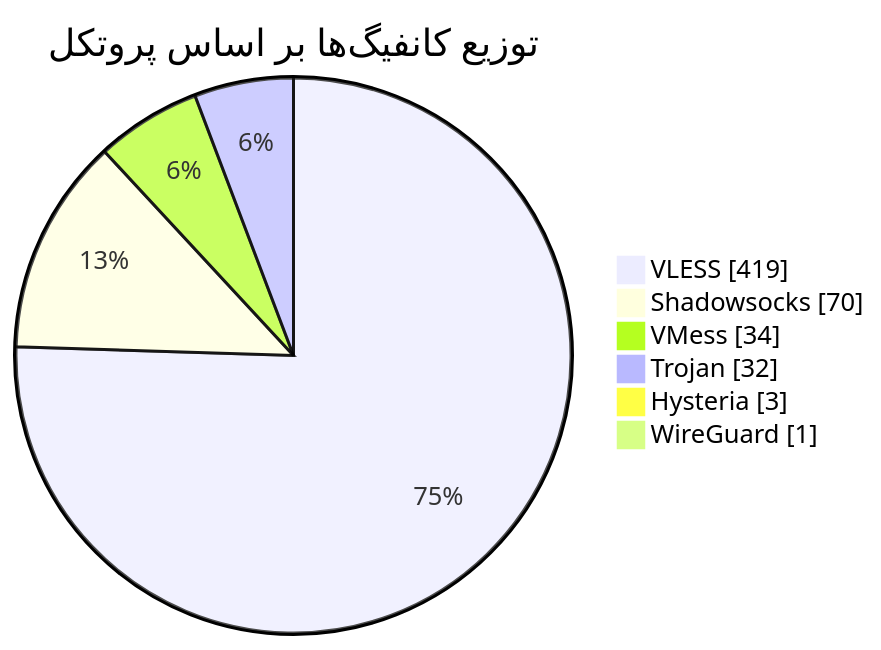
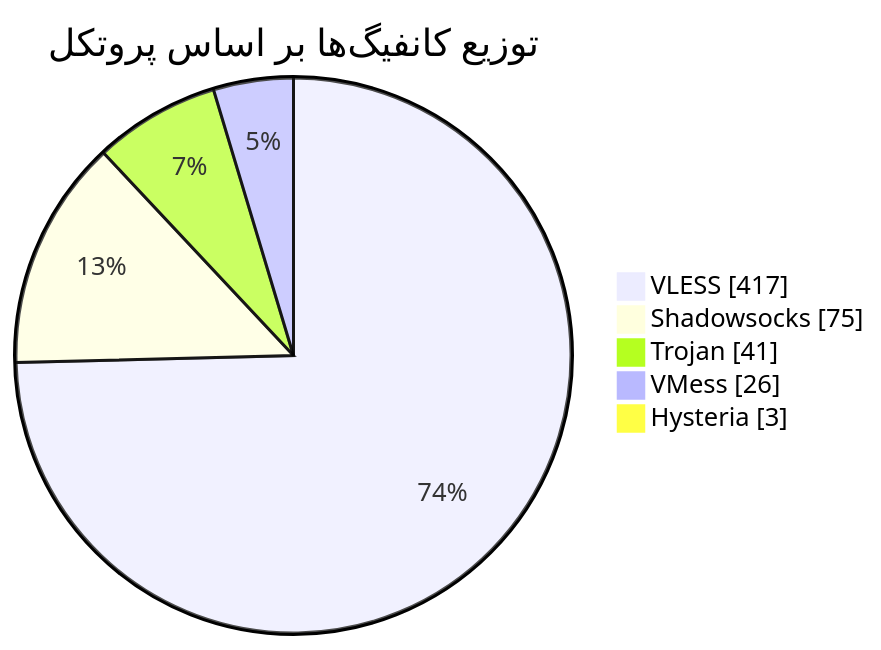
Before and after one commit to Arian-Alijani/Somthing: the diagram in README.md, drawn with Mermaid. The commit also changed other lines of this file and 83 other files, not shown here.

````diff
--- a/README.md
+++ b/README.md
@@ -48,10 +47,9 @@
 ```mermaid
 pie showData
     title توزیع کانفیگ‌ها بر اساس پروتکل
-    "VLESS" : 419
-    "Shadowsocks" : 70
-    "VMess" : 34
-    "Trojan" : 32
+    "VLESS" : 417
+    "Shadowsocks" : 75
+    "Trojan" : 41
+    "VMess" : 26
     "Hysteria" : 3
-    "WireGuard" : 1
 ```
````
